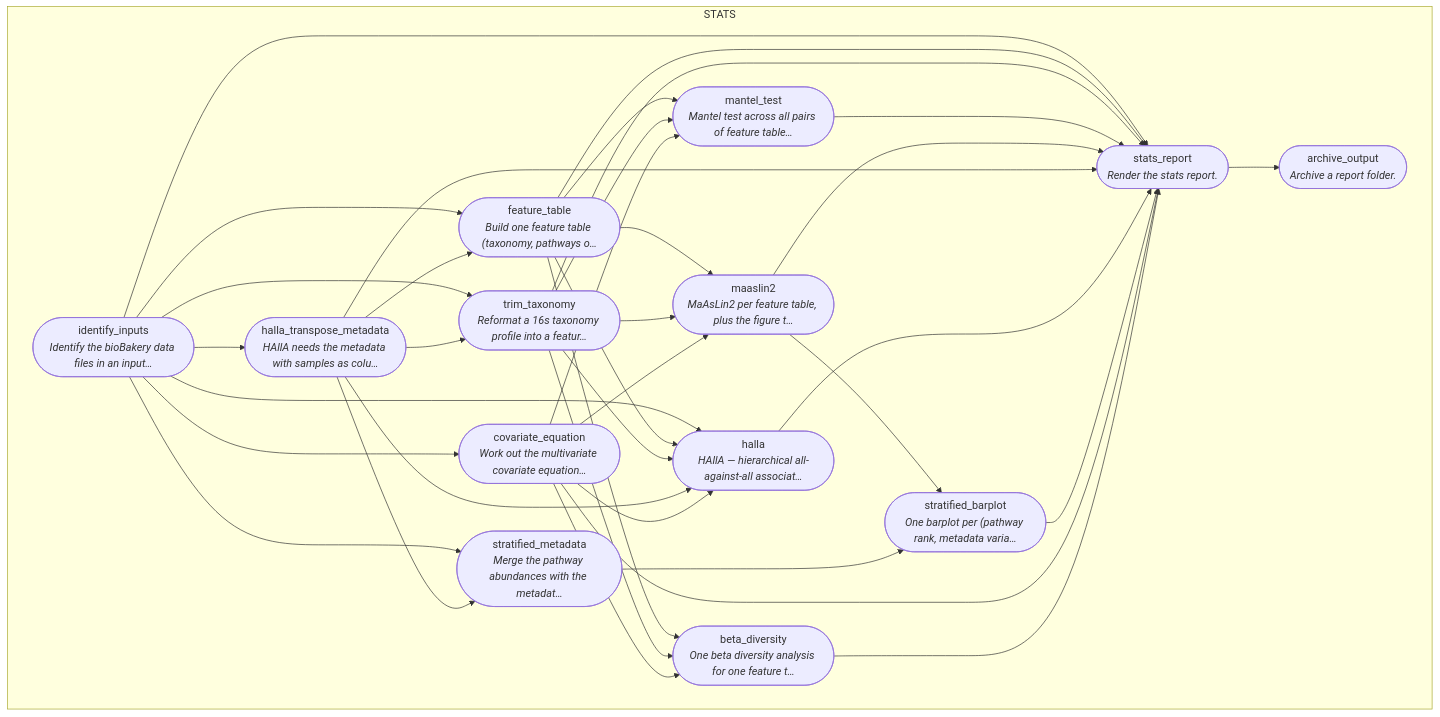
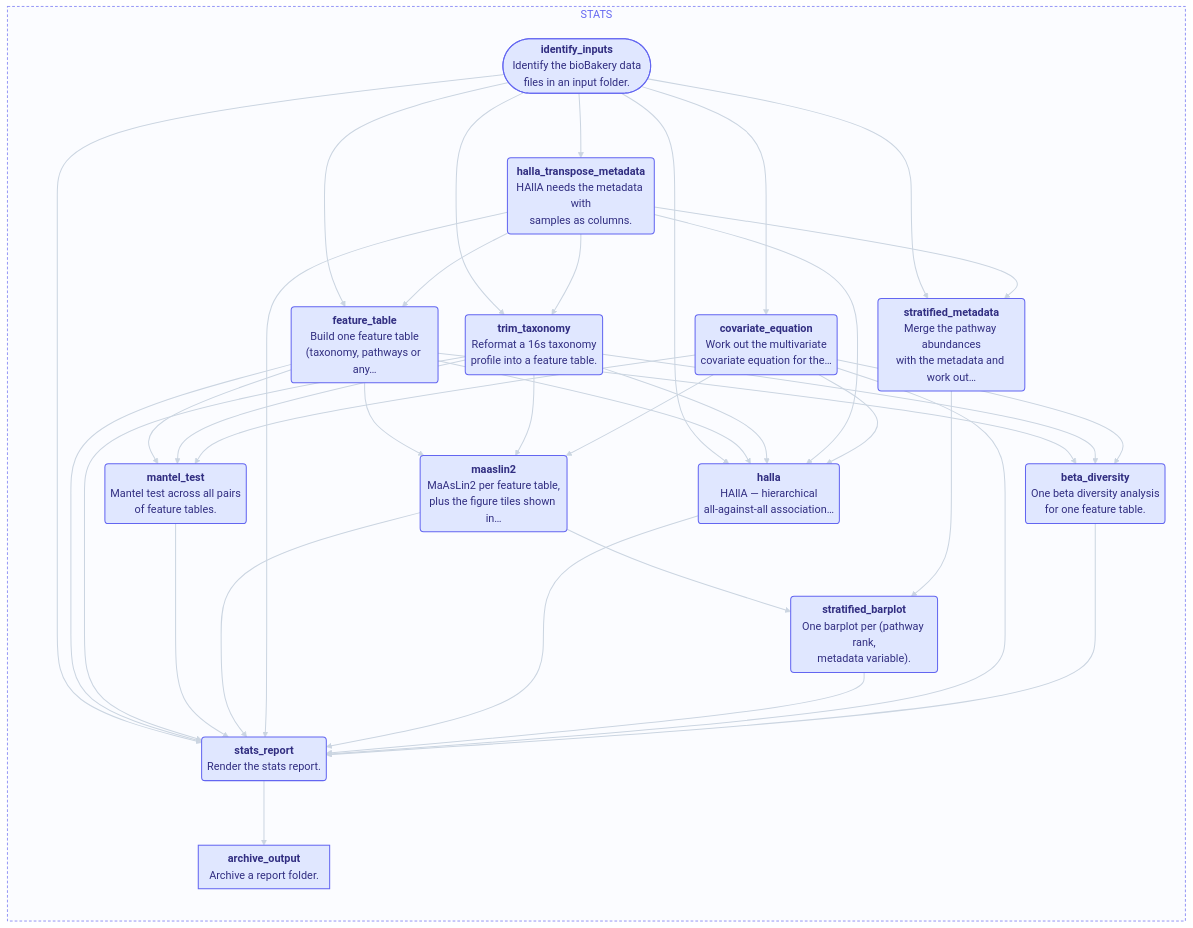
One commit to biobakery/biobakery-nextflow changed the seventh of 7 diagrams in docs/workflow_reference.md. Above: the diagram before and after it, drawn with Mermaid. The commit also changed other lines of this file and 10 other files, not shown here.

````diff
--- a/docs/workflow_reference.md
+++ b/docs/workflow_reference.md
@@ -568,54 +812,64 @@
 ```mermaid
-flowchart TB
+%%{init: {"flowchart": {"curve": "basis", "nodeSpacing": 40,
+                        "rankSpacing": 70, "padding": 8}}}%%
+flowchart LR
     subgraph STATS
-        v3(["identify_inputs<br/><i>Identify the bioBakery data files in an input…</i>"])
-        v9(["feature_table<br/><i>Build one feature table (taxonomy, pathways o…</i>"])
-        v12(["trim_taxonomy<br/><i>Reformat a 16s taxonomy profile into a featur…</i>"])
-        v20(["mantel_test<br/><i>Mantel test across all pairs of feature table…</i>"])
-        v22(["maaslin2<br/><i>MaAsLin2 per feature table, plus the figure t…</i>"])
-        v28(["halla_transpose_metadata<br/><i>HAllA needs the metadata with samples as colu…</i>"])
-        v34(["halla<br/><i>HAllA — hierarchical all-against-all associat…</i>"])
-        v41(["stratified_metadata<br/><i>Merge the pathway abundances with the metadat…</i>"])
-        v48(["stratified_barplot<br/><i>One barplot per (pathway rank, metadata varia…</i>"])
-        v51(["covariate_equation<br/><i>Work out the multivariate covariate equation…</i>"])
-        v55(["beta_diversity<br/><i>One beta diversity analysis for one feature t…</i>"])
-        v62(["stats_report<br/><i>Render the stats report.</i>"])
-        v65(["archive_output<br/><i>Archive a report folder.</i>"])
+        direction TB
+        identify_inputs(["<b>identify_inputs</b><br/>Identify the bioBakery data<br/>files in an input folder."])
+        feature_table("<b>feature_table</b><br/>Build one feature table<br/>(taxonomy, pathways or any…")
+        trim_taxonomy("<b>trim_taxonomy</b><br/>Reformat a 16s taxonomy<br/>profile into a feature table.")
+        mantel_test("<b>mantel_test</b><br/>Mantel test across all pairs<br/>of feature tables.")
+        maaslin2("<b>maaslin2</b><br/>MaAsLin2 per feature table,<br/>plus the figure tiles shown in…")
+        halla_transpose_metadata("<b>halla_transpose_metadata</b><br/>HAllA needs the metadata with<br/>samples as columns.")
+        halla("<b>halla</b><br/>HAllA — hierarchical<br/>all-against-all association…")
+        stratified_metadata("<b>stratified_metadata</b><br/>Merge the pathway abundances<br/>with the metadata and work out…")
+        stratified_barplot("<b>stratified_barplot</b><br/>One barplot per (pathway rank,<br/>metadata variable).")
+        covariate_equation("<b>covariate_equation</b><br/>Work out the multivariate<br/>covariate equation for the…")
+        beta_diversity("<b>beta_diversity</b><br/>One beta diversity analysis<br/>for one feature table.")
+        stats_report("<b>stats_report</b><br/>Render the stats report.")
+        archive_output["<b>archive_output</b><br/>Archive a report folder."]
     end
 
-    v3 --> v9
-    v3 --> v12
-    v3 --> v28
-    v3 --> v34
-    v3 --> v41
-    v3 --> v51
-    v3 --> v62
-    v9 --> v20
-    v9 --> v22
-    v9 --> v34
-    v9 --> v55
-    v9 --> v62
-    v12 --> v20
-    v12 --> v22
-    v12 --> v34
-    v12 --> v55
-    v12 --> v62
-    v20 --> v62
-    v22 --> v48
-    v22 --> v62
-    v28 --> v9
-    v28 --> v12
-    v28 --> v34
-    v28 --> v41
-    v28 --> v62
-    v34 --> v62
-    v41 --> v48
-    v48 --> v62
-    v51 --> v20
-    v51 --> v22
-    v51 --> v34
-    v51 --> v55
-    v51 --> v62
-    v55 --> v62
-    v62 --> v65
+    identify_inputs --> feature_table
+    identify_inputs --> trim_taxonomy
+    identify_inputs --> halla_transpose_metadata
+    identify_inputs --> halla
+    identify_inputs --> stratified_metadata
+    identify_inputs --> covariate_equation
+    identify_inputs --> stats_report
+    feature_table --> mantel_test
+    feature_table --> maaslin2
+    feature_table --> halla
+    feature_table --> beta_diversity
+    feature_table --> stats_report
+    trim_taxonomy --> mantel_test
+    trim_taxonomy --> maaslin2
+    trim_taxonomy --> halla
+    trim_taxonomy --> beta_diversity
+    trim_taxonomy --> stats_report
+    mantel_test --> stats_report
+    maaslin2 --> stratified_barplot
+    maaslin2 --> stats_report
+    halla_transpose_metadata --> feature_table
+    halla_transpose_metadata --> trim_taxonomy
+    halla_transpose_metadata --> halla
+    halla_transpose_metadata --> stratified_metadata
+    halla_transpose_metadata --> stats_report
+    halla --> stats_report
+    stratified_metadata --> stratified_barplot
+    stratified_barplot --> stats_report
+    covariate_equation --> mantel_test
+    covariate_equation --> maaslin2
+    covariate_equation --> halla
+    covariate_equation --> beta_diversity
+    covariate_equation --> stats_report
+    beta_diversity --> stats_report
+    stats_report --> archive_output
+
+    style STATS fill:#e0e7ff22,stroke:#6366f1,stroke-width:1px,stroke-dasharray:4 3,color:#6366f1
+
+    classDef stage0 fill:#e0e7ff,stroke:#6366f1,stroke-width:1.5px,color:#312e81
+    class identify_inputs,feature_table,trim_taxonomy,mantel_test,maaslin2,halla_transpose_metadata,halla,stratified_metadata,stratified_barplot,covariate_equation,beta_diversity,stats_report,archive_output stage0
+
+    linkStyle default stroke:#cbd5e1,stroke-width:1.5px
 ```
````
